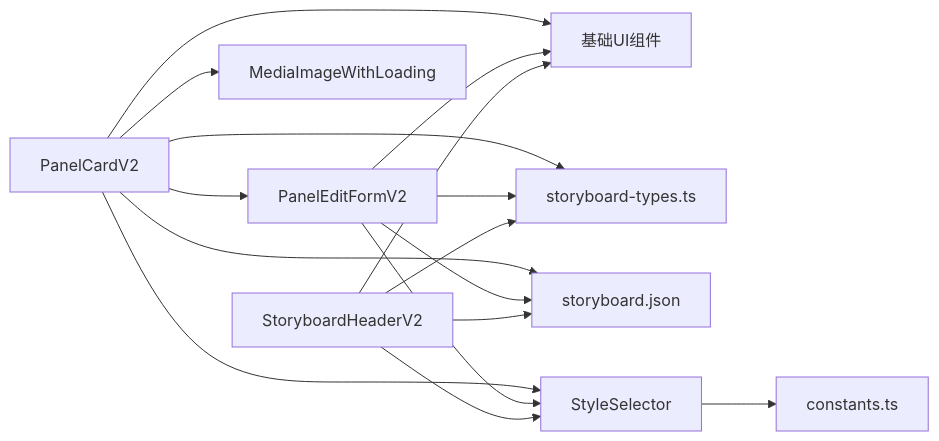
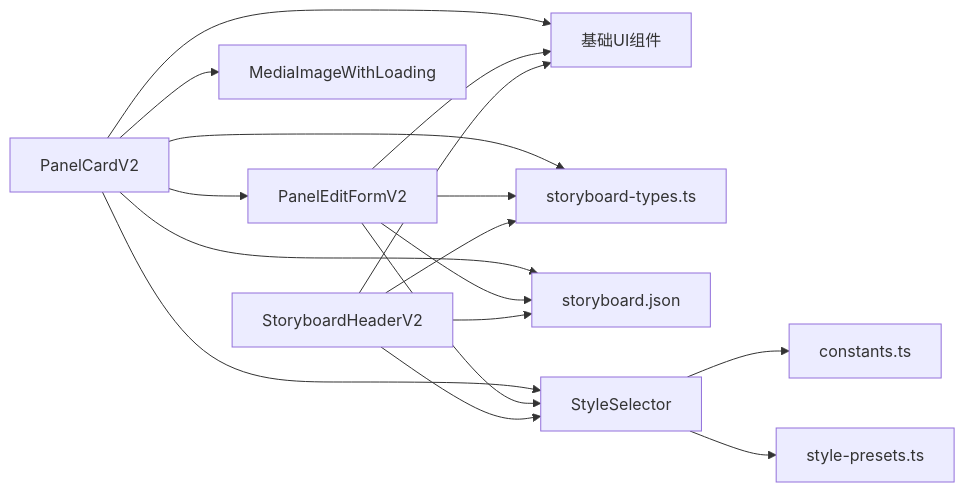
Before and after one commit to lyl2021/waoowaoo: the seventh of 7 diagrams in .qoder/repowiki/zh/content/前端组件架构/UI组件库/模式组件.md, drawn with Mermaid. The commit also changed other lines of this file and 41 other files, not shown here.

````diff
--- a/.qoder/repowiki/zh/content/前端组件架构/UI组件库/模式组件.md
+++ b/.qoder/repowiki/zh/content/前端组件架构/UI组件库/模式组件.md
@@ -440,18 +486,19 @@
 ```mermaid
 graph LR
 PC["PanelCardV2"] --> PEF["PanelEditFormV2"]
 PC --> IMG["MediaImageWithLoading"]
 PC --> PRIMS["基础UI组件"]
 PEF --> PRIMS
 SBH["StoryboardHeaderV2"] --> PRIMS
 PC --> TYPES["storyboard-types.ts"]
 PEF --> TYPES
 SBH --> TYPES
 PC --> I18N["storyboard.json"]
 PEF --> I18N
 SBH --> I18N
 PC --> STYLE["StyleSelector"]
 PEF --> STYLE
 SBH --> STYLE
 STYLE --> CONST["constants.ts"]
+STYLE --> SP["style-presets.ts"]
 ```
````
